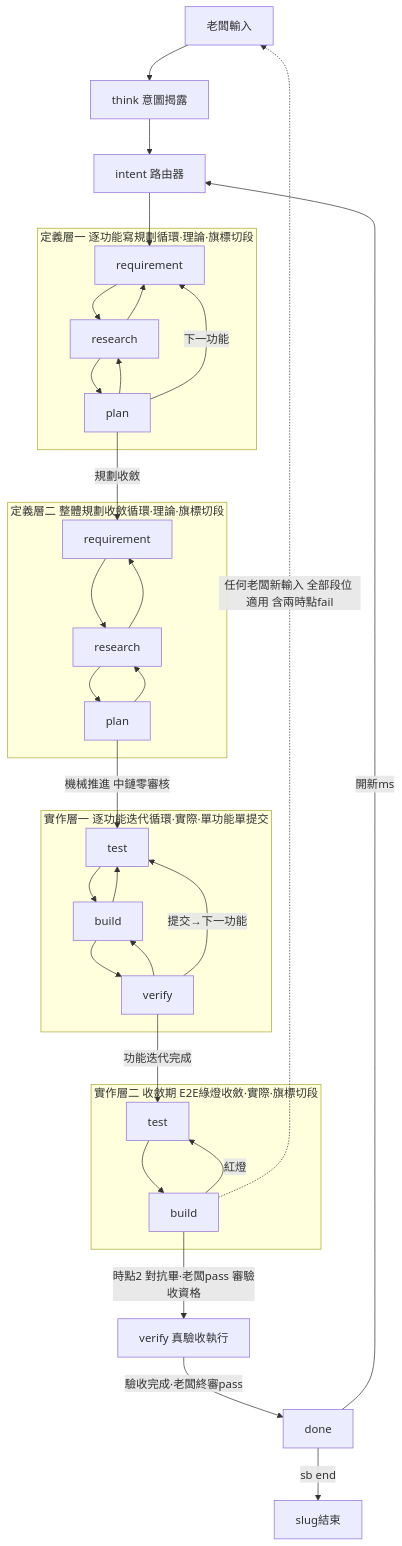
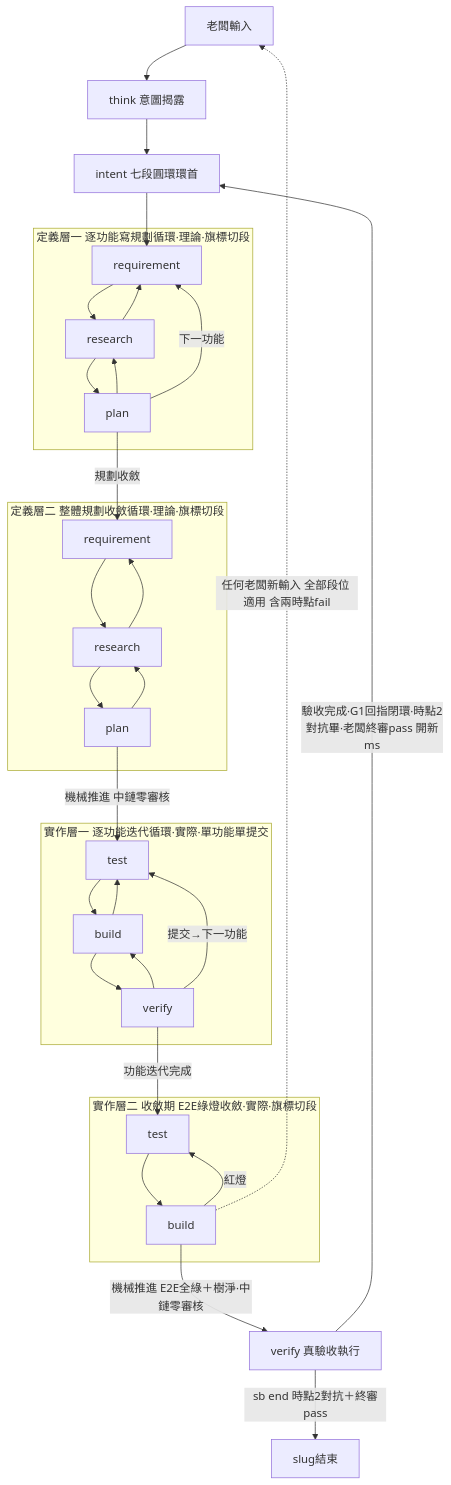
One commit to teps3105/shiftblame changed the first of 2 diagrams in README.md. Above: the diagram before and after it, drawn with Mermaid. The commit also changed other lines of this file and 32 other files, not shown here.

````diff
--- a/README.md
+++ b/README.md
@@ -40,32 +40,31 @@
 ```mermaid
 flowchart TB
     BOSS[老闆輸入] --> THINK[think 意圖揭露]
-    THINK --> INTENT[intent 路由器]
+    THINK --> INTENT[intent 七段圓環環首]
     INTENT --> R
     subgraph DEF1[定義層一 逐功能寫規劃循環·理論·旗標切段]
         R[requirement] --> RS[research] --> P[plan]
         P --> RS --> R
         P -->|下一功能| R
     end
     P -->|規劃收斂| R2
     subgraph DEF2[定義層二 整體規劃收斂循環·理論·旗標切段]
         R2[requirement] --> RS2[research] --> P2[plan]
         P2 --> RS2 --> R2
     end
     P2 -->|機械推進 中鏈零審核| T
     subgraph IMPL1[實作層一 逐功能迭代循環·實際·單功能單提交]
         T[test] --> B[build] --> V[verify]
         V --> B --> T
         V -->|提交→下一功能| T
     end
     V -->|功能迭代完成| T2
     subgraph CONV[實作層二 收斂期 E2E綠燈收斂·實際·旗標切段]
         T2[test] --> B2[build]
         B2 -->|紅燈| T2
     end
-    B2 -->|時點2 對抗畢·老闆pass 審驗收資格| V3[verify 真驗收執行]
-    V3 -->|驗收完成·老闆終審pass| DONE[done]
-    DONE -->|開新ms| INTENT
-    DONE -->|sb end| FIN[slug結束]
+    B2 -->|機械推進 E2E全綠＋樹淨·中鏈零審核| V3[verify 真驗收執行]
+    V3 -->|驗收完成·G1回指閉環·時點2對抗畢·老闆終審pass 開新ms| INTENT
+    V3 -->|sb end 時點2對抗＋終審pass| FIN[slug結束]
     B2 -.->|任何老闆新輸入 全部段位 適用 含兩時點fail| BOSS
 ```
````
